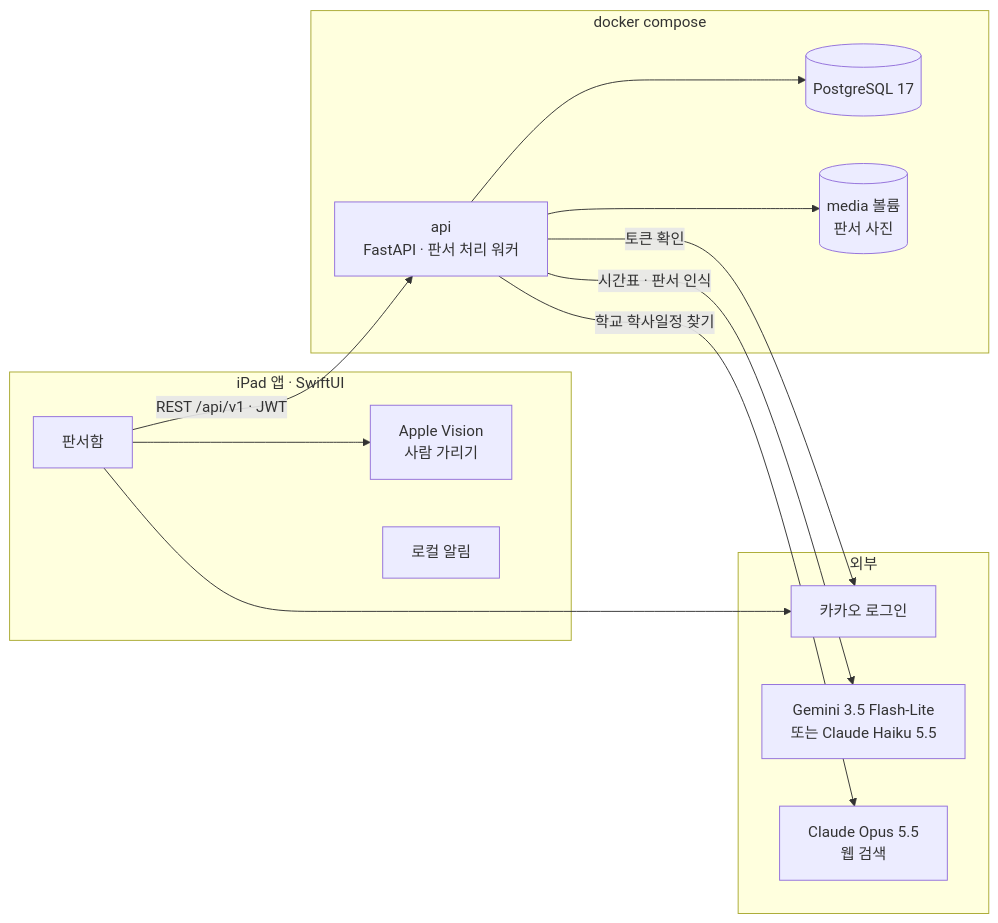
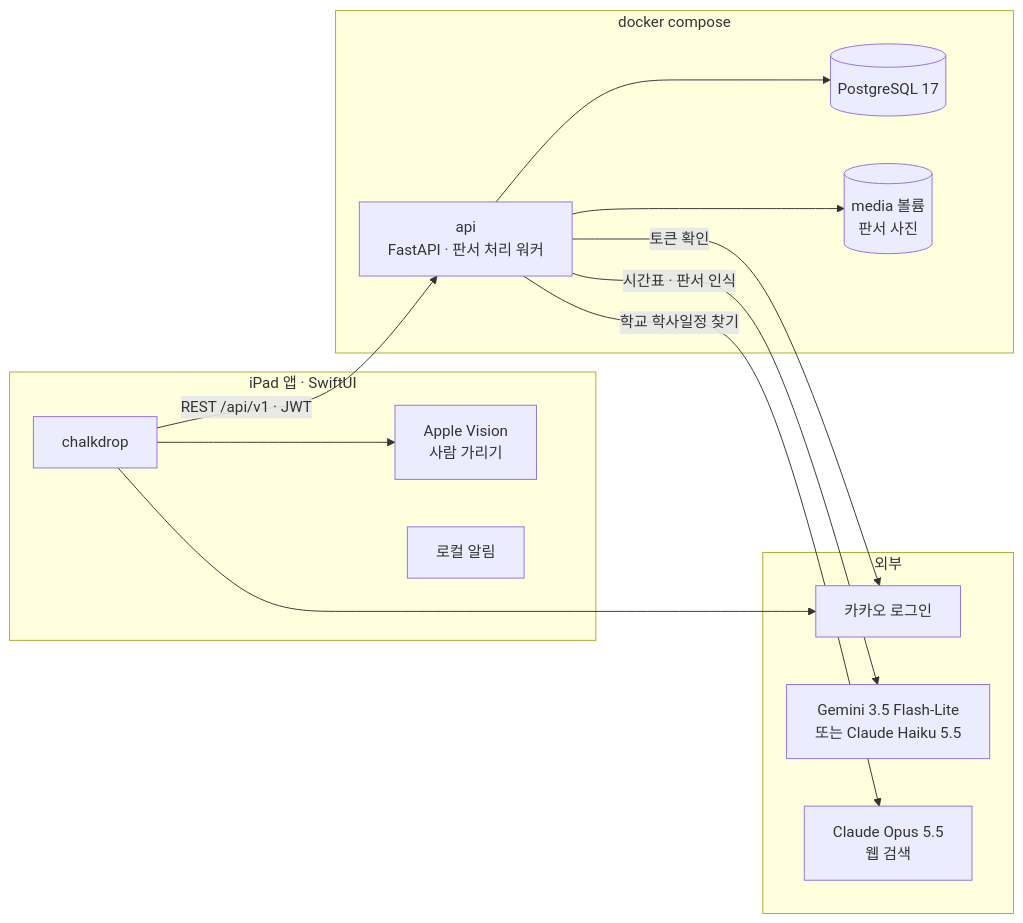
The second of 2 diagrams in README.md (Kimtaekhyun/knu-cse-hackerton-26), drawn with Mermaid before and after one commit. The commit also changed other lines of this file, not shown here.

````diff
--- a/README.md
+++ b/README.md
@@ -80,29 +72,29 @@
 ```mermaid
 flowchart LR
   subgraph client[iPad 앱 · SwiftUI]
-    APP[판서함]
+    APP[chalkdrop]
     VIS[Apple Vision<br/>사람 가리기]
     NOTI[로컬 알림]
   end
 
   subgraph compose[docker compose]
     API[api<br/>FastAPI · 판서 처리 워커]
     DB[(PostgreSQL 17)]
     MEDIA[(media 볼륨<br/>판서 사진)]
   end
 
   subgraph ext[외부]
     KAKAO[카카오 로그인]
     LLM[Gemini 3.5 Flash-Lite<br/>또는 Claude Haiku 5.5]
     CAL[Claude Opus 5.5<br/>웹 검색]
   end
 
   APP --> VIS
   APP -->|REST /api/v1 · JWT| API
   APP --> KAKAO
   API --> DB
   API --> MEDIA
   API -->|토큰 확인| KAKAO
   API -->|시간표 · 판서 인식| LLM
   API -->|학교 학사일정 찾기| CAL
 ```
````
